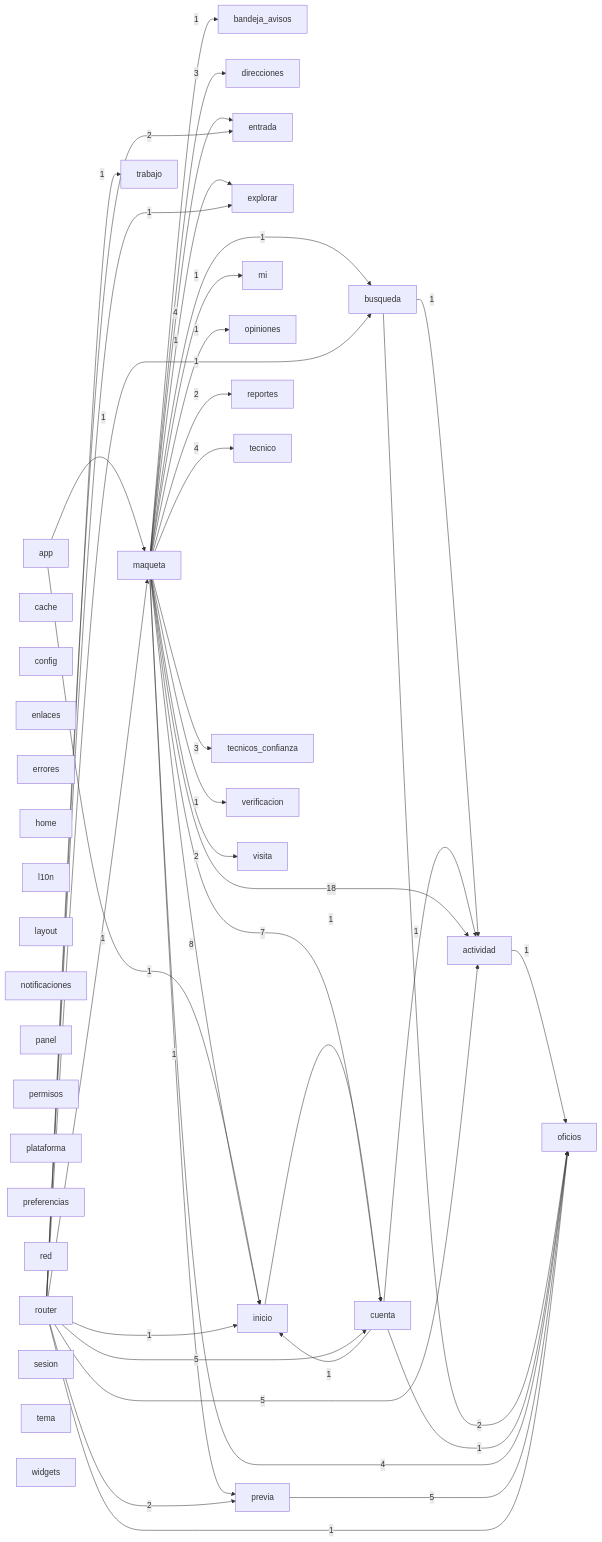
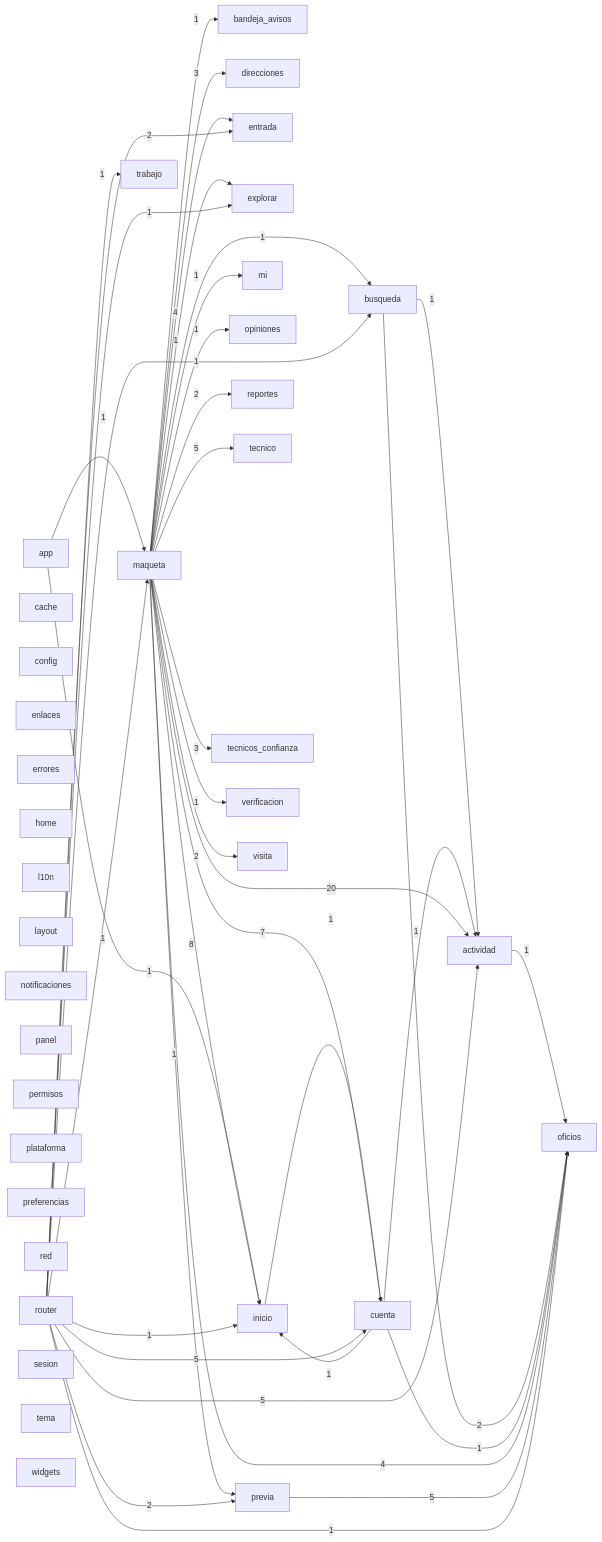
The diagram in docs/architecture/modules.mmd (Tensei-Devs/knock-frontend), drawn with Mermaid before and after one commit. The commit also changed 15 other files, not shown here.

```diff
--- a/docs/architecture/modules.mmd
+++ b/docs/architecture/modules.mmd
@@ -1,75 +1,75 @@
 graph LR
   actividad["actividad"]
   app["app"]
   bandeja_avisos["bandeja_avisos"]
   busqueda["busqueda"]
   cache["cache"]
   config["config"]
   cuenta["cuenta"]
   direcciones["direcciones"]
   enlaces["enlaces"]
   entrada["entrada"]
   errores["errores"]
   explorar["explorar"]
   home["home"]
   inicio["inicio"]
   l10n["l10n"]
   layout["layout"]
   maqueta["maqueta"]
   mi["mi"]
   notificaciones["notificaciones"]
   oficios["oficios"]
   opiniones["opiniones"]
   panel["panel"]
   permisos["permisos"]
   plataforma["plataforma"]
   preferencias["preferencias"]
   previa["previa"]
   red["red"]
   reportes["reportes"]
   router["router"]
   sesion["sesion"]
   tecnico["tecnico"]
   tecnicos_confianza["tecnicos_confianza"]
   tema["tema"]
   trabajo["trabajo"]
   verificacion["verificacion"]
   visita["visita"]
   widgets["widgets"]
   actividad -->|1| oficios
   app -->|1| inicio
   app -->|1| maqueta
   busqueda -->|1| actividad
   busqueda -->|2| oficios
   cuenta -->|1| actividad
   cuenta -->|1| inicio
   cuenta -->|1| oficios
   inicio -->|1| cuenta
-  maqueta -->|18| actividad
+  maqueta -->|20| actividad
   maqueta -->|1| bandeja_avisos
   maqueta -->|1| busqueda
   maqueta -->|7| cuenta
   maqueta -->|3| direcciones
   maqueta -->|4| entrada
   maqueta -->|1| explorar
   maqueta -->|8| inicio
   maqueta -->|1| mi
   maqueta -->|4| oficios
   maqueta -->|1| opiniones
   maqueta -->|1| previa
   maqueta -->|2| reportes
-  maqueta -->|4| tecnico
+  maqueta -->|5| tecnico
   maqueta -->|3| tecnicos_confianza
   maqueta -->|1| verificacion
   maqueta -->|2| visita
   previa -->|5| oficios
   router -->|5| actividad
   router -->|1| busqueda
   router -->|5| cuenta
   router -->|2| entrada
   router -->|1| explorar
   router -->|1| inicio
   router -->|1| maqueta
   router -->|1| oficios
   router -->|2| previa
   router -->|1| trabajo
```
